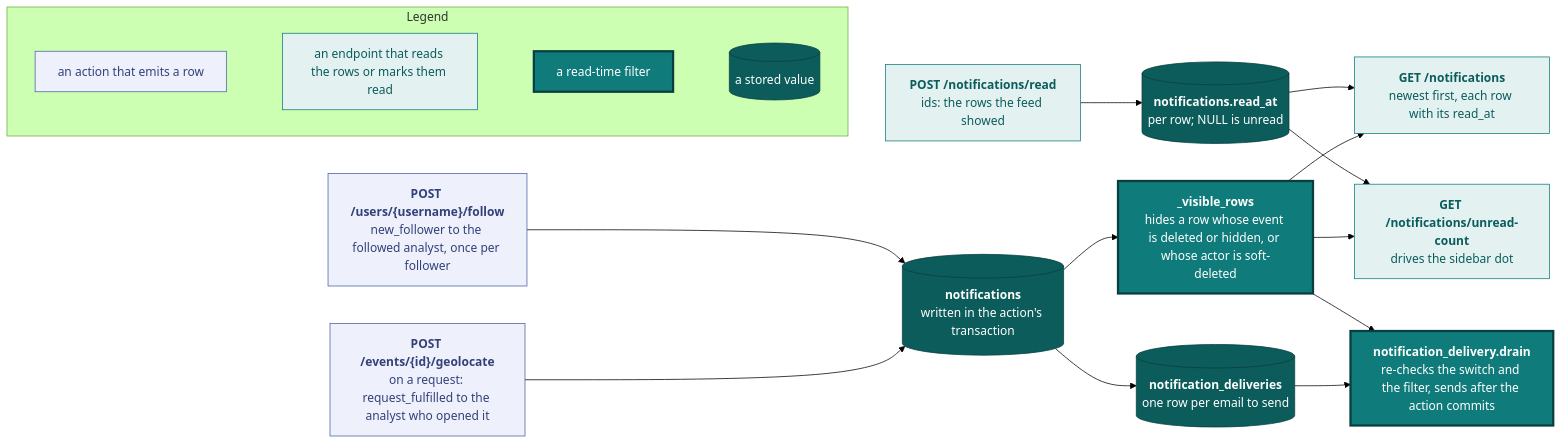
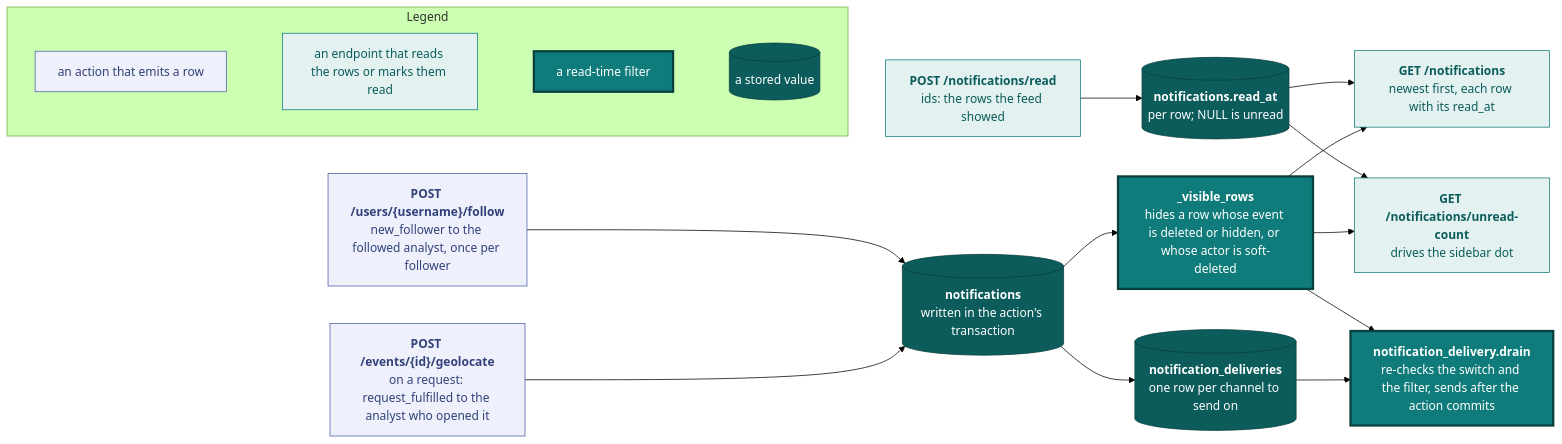
Before and after one commit to vidithq/vidit: the third of 3 diagrams in docs/api.md, drawn with Mermaid (forest theme). The commit also changed other lines of this file and 34 other files, not shown here.

````diff
--- a/docs/api.md
+++ b/docs/api.md
@@ -1818,48 +1894,48 @@
 ```mermaid
 flowchart LR
   classDef spec fill:#eef1fb,stroke:#4a5fa5,color:#33417a
   classDef shared fill:#e3f2f1,stroke:#0f7b7a,color:#0b5c5b
   classDef core fill:#0f7b7a,stroke:#083f3e,stroke-width:3px,color:#ffffff
   classDef store fill:#0b5c5b,stroke:#083f3e,color:#ffffff
 
   subgraph legend [Legend]
     direction LR
     l1["`an action that emits a row`"]:::spec
     l2["`an endpoint that reads the rows or marks them read`"]:::shared
     l3["`a read-time filter`"]:::core
     l4[("`a stored value`")]:::store
     l1 ~~~ l2 ~~~ l3 ~~~ l4
   end
 
   geolocate["`**POST /events/{id}/geolocate**
   on a request: request_fulfilled to the analyst who opened it`"]:::spec
   follow["`**POST /users/{username}/follow**
   new_follower to the followed analyst, once per follower`"]:::spec
   rows[("`**notifications**
   written in the action's transaction`")]:::store
   visible["`**_visible_rows**
   hides a row whose event is deleted or hidden, or whose actor is soft-deleted`"]:::core
   feed["`**GET /notifications**
   newest first, each row with its read_at`"]:::shared
   count["`**GET /notifications/unread-count**
   drives the sidebar dot`"]:::shared
   read["`**POST /notifications/read**
   ids: the rows the feed showed`"]:::shared
   readat[("`**notifications.read_at**
   per row; NULL is unread`")]:::store
   queue[("`**notification_deliveries**
-  one row per email to send`")]:::store
+  one row per channel to send on`")]:::store
   worker["`**notification_delivery.drain**
   re-checks the switch and the filter, sends after the action commits`"]:::core
 
   geolocate --> rows
   follow --> rows
   rows --> visible
   visible --> feed
   visible --> count
   read --> readat
   readat --> count
   readat --> feed
   rows --> queue --> worker
   visible --> worker
 ```
````
